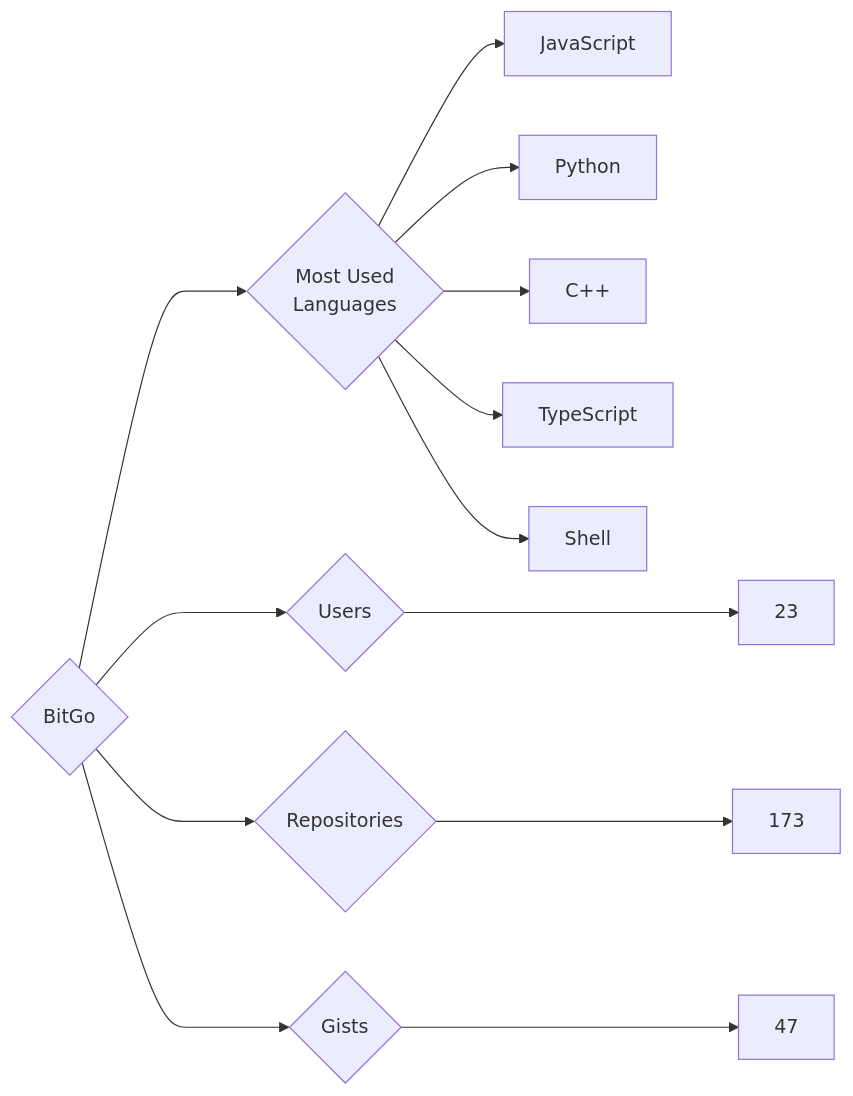
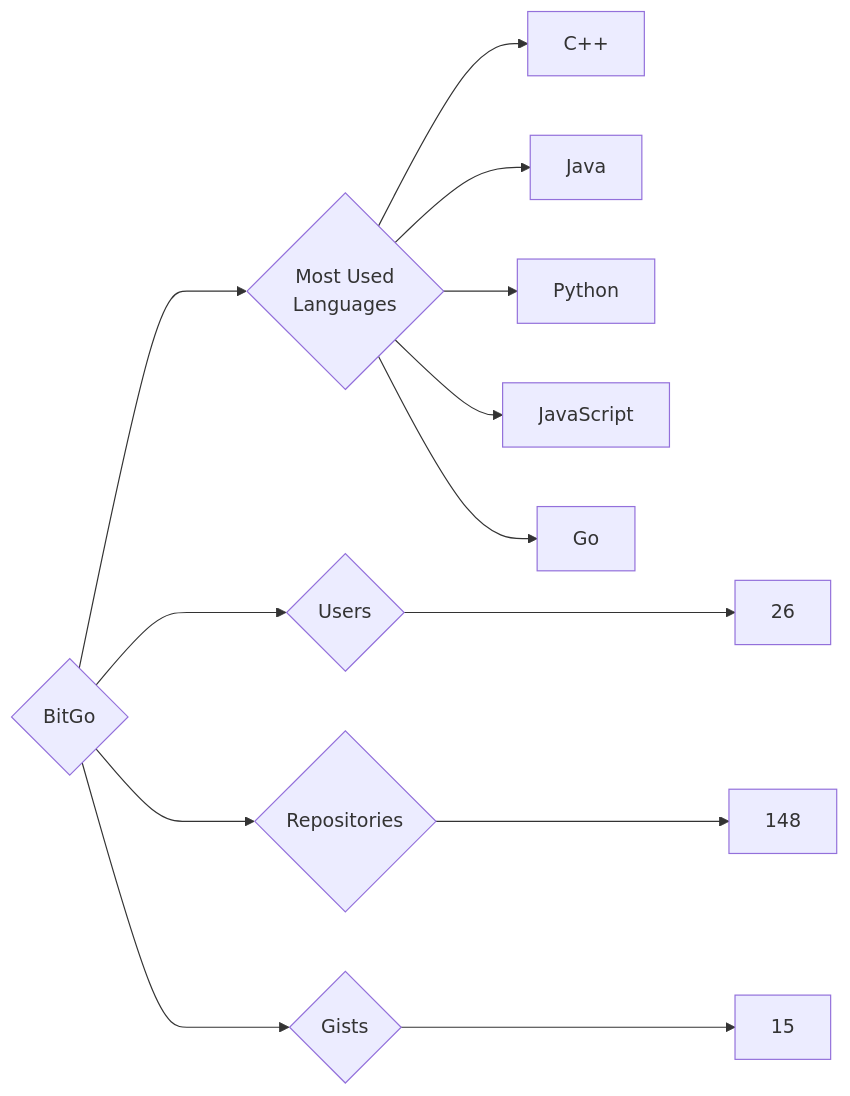
Before and after one commit to trickest/insiders: the diagram in targets/BitGo/README.md, drawn with Mermaid. The commit also changed 838 other files, not shown here.

````diff
--- a/targets/BitGo/README.md
+++ b/targets/BitGo/README.md
@@ -3,13 +3,13 @@
 ```mermaid
 graph LR
 COMPANY_NAME{BitGo}
-COMPANY_NAME ---> U{Users} ---> UN[23]
-COMPANY_NAME ---> R{Repositories} ---> RN[173]
-COMPANY_NAME ---> G{Gists} ---> GN[47]
+COMPANY_NAME ---> U{Users} ---> UN[26]
+COMPANY_NAME ---> R{Repositories} ---> RN[148]
+COMPANY_NAME ---> G{Gists} ---> GN[15]
 COMPANY_NAME ---> ML{Most Used<br>Languages}
+ML --> C++[C++]
+ML --> Java[Java]
+ML --> Python[Python]
 ML --> JavaScript[JavaScript]
-ML --> Python[Python]
-ML --> C++[C++]
-ML --> TypeScript[TypeScript]
-ML --> Shell[Shell]
+ML --> Go[Go]
 ```
````
